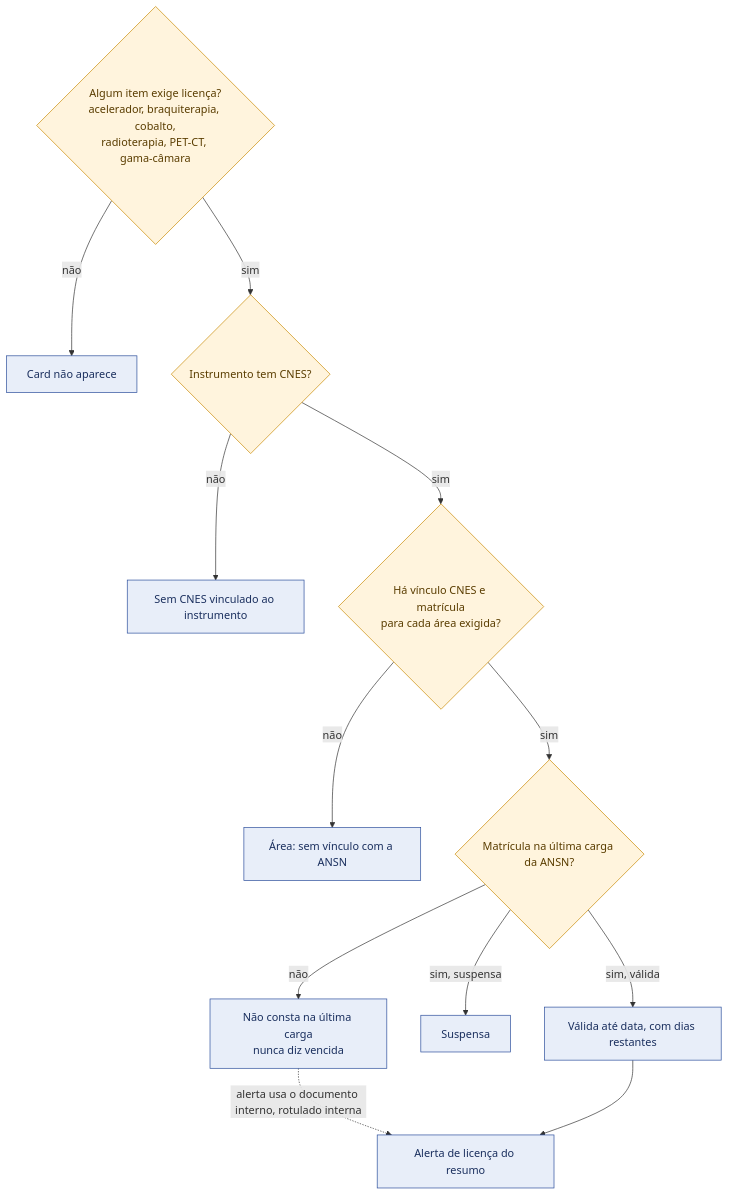
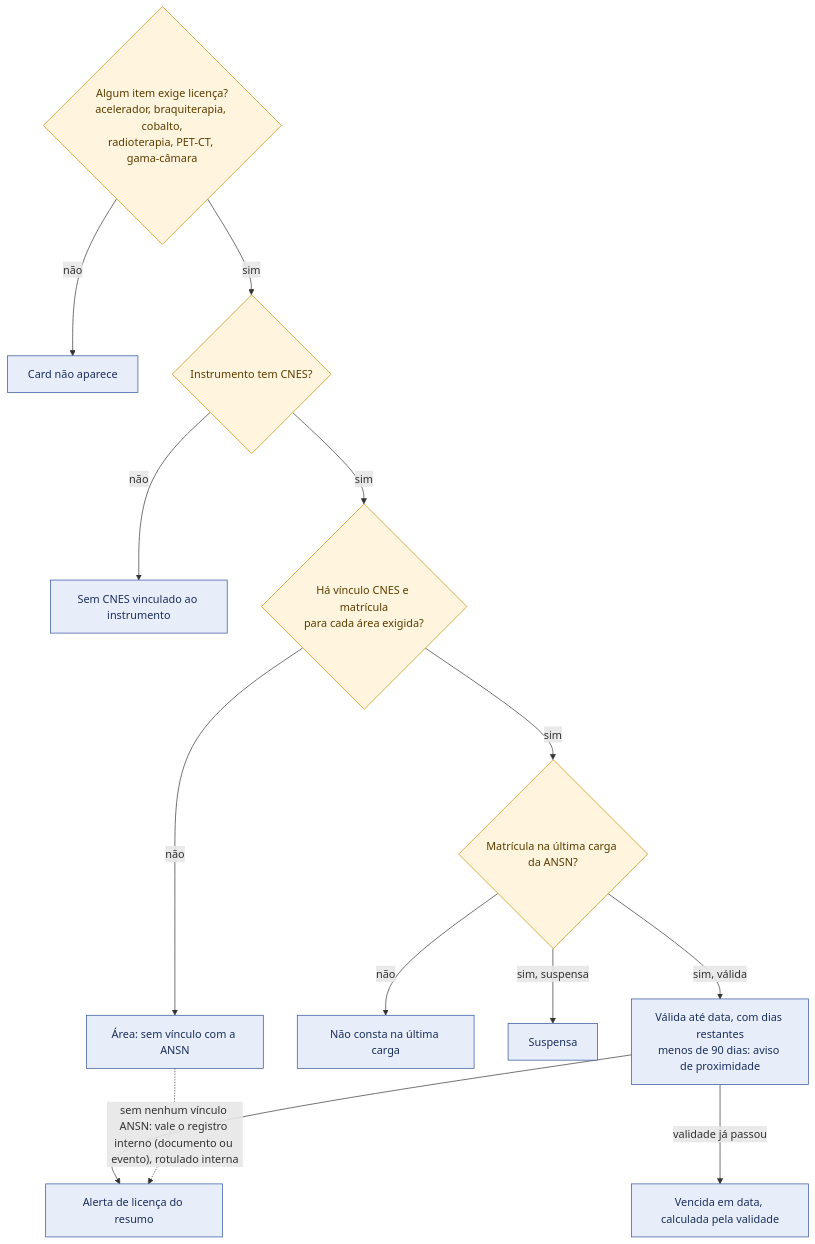
Before and after one commit to devs-ministerio/par_equipamentos: the seventh of 12 diagrams in docs/arquitetura/mapa-monitoramento-interno-2026-11-19.md, drawn with Mermaid. The commit also changed other lines of this file and 1 other file, not shown here.

Commit message:
docs: mapa revisão 3 e CLAUDE.md com as correções do diagnóstico constitucional

````diff
--- a/docs/arquitetura/mapa-monitoramento-interno-2026-11-19.md
+++ b/docs/arquitetura/mapa-monitoramento-interno-2026-11-19.md
@@ -247,17 +261,18 @@
 ```mermaid
 flowchart TB
     classDef regra fill:#FFF4DD,stroke:#C98A00,color:#5a3d00
     classDef dado fill:#E8EEF9,stroke:#2A4D9B,color:#1a2f5e
     S{"Algum item exige licença?<br/>acelerador, braquiterapia, cobalto,<br/>radioterapia, PET-CT, gama-câmara"}:::regra
     S -->|"não"| N["Card não aparece"]:::dado
     S -->|"sim"| C{"Instrumento tem CNES?"}:::regra
     C -->|"não"| SC["Sem CNES vinculado ao instrumento"]:::dado
     C -->|"sim"| V{"Há vínculo CNES e matrícula<br/>para cada área exigida?"}:::regra
     V -->|"não"| SV["Área: sem vínculo com a ANSN"]:::dado
     V -->|"sim"| I{"Matrícula na última carga da ANSN?"}:::regra
-    I -->|"não"| NC["Não consta na última carga<br/>nunca diz vencida"]:::dado
+    I -->|"não"| NC["Não consta na última carga"]:::dado
     I -->|"sim, suspensa"| SU["Suspensa"]:::dado
-    I -->|"sim, válida"| VA["Válida até data, com dias restantes"]:::dado
-    NC -. "alerta usa o documento interno, rotulado interna" .-> AL["Alerta de licença do resumo"]:::dado
-    VA --> AL
+    I -->|"sim, válida"| VA["Válida até data, com dias restantes<br/>menos de 90 dias: aviso de proximidade"]:::dado
+    VA -->|"validade já passou"| VE["Vencida em data, calculada pela validade"]:::dado
+    VA --> AL["Alerta de licença do resumo"]:::dado
+    SV -. "sem nenhum vínculo ANSN: vale o registro interno (documento ou evento), rotulado interna" .-> AL
 ```
````
